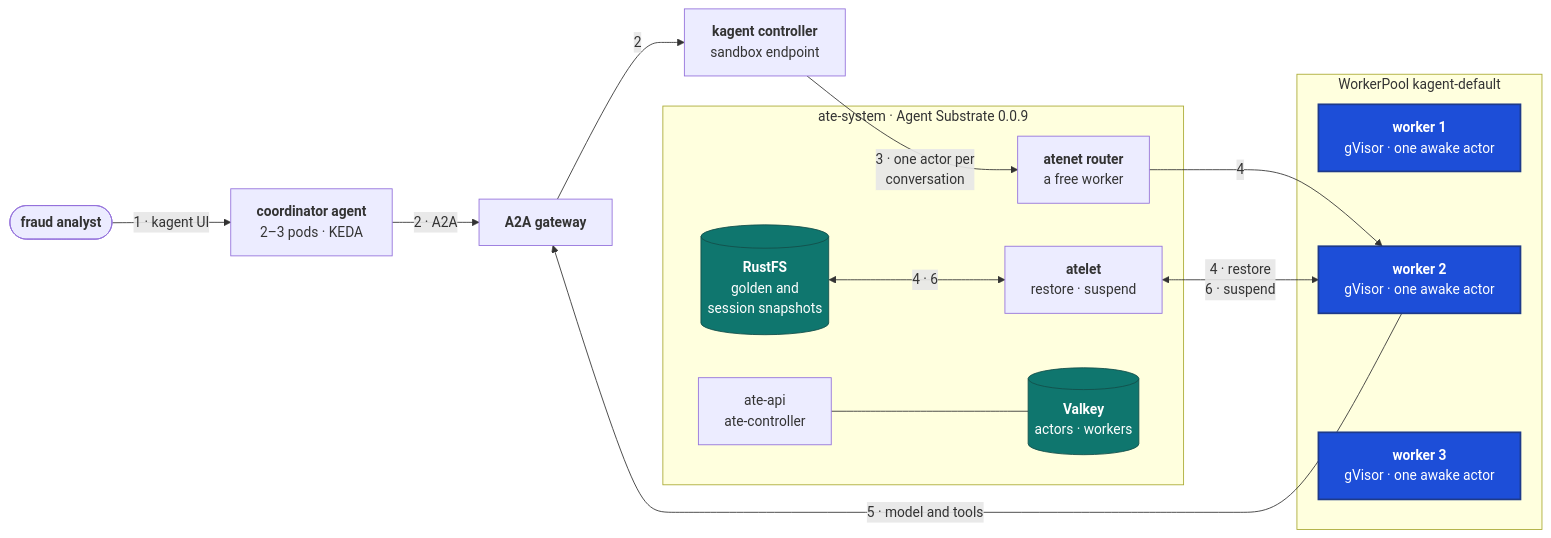
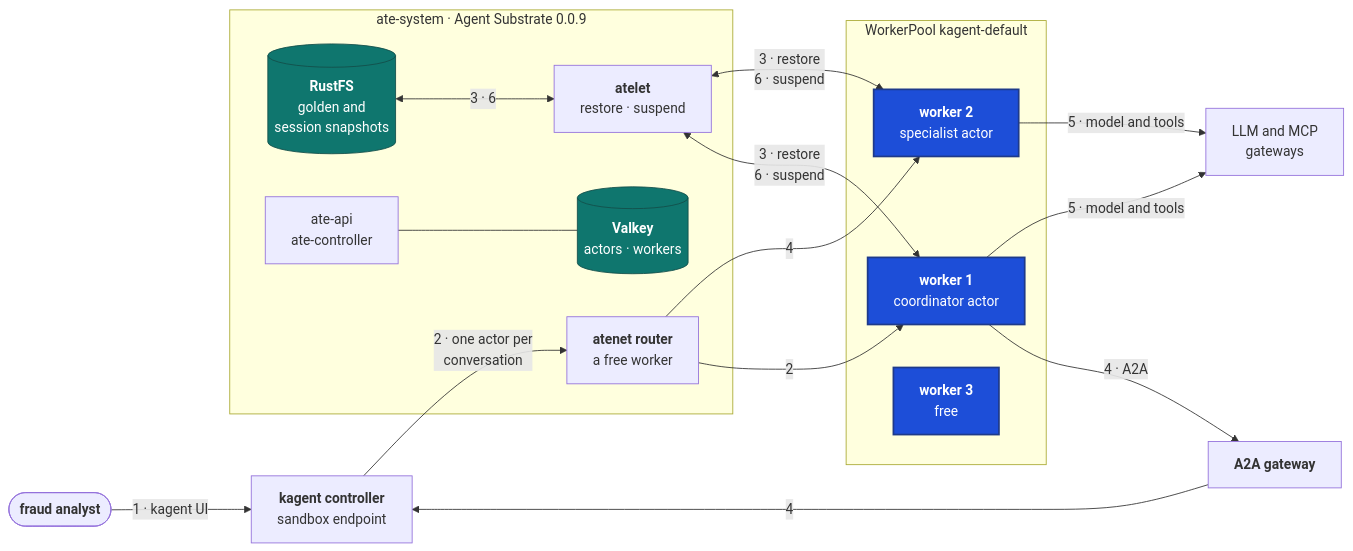
The diagram in docs/edai-2/13_agent_fleet.md (hiendat04/fraudstream), drawn with Mermaid before and after one commit. The commit also changed other lines of this file and 11 other files, not shown here.

First line of the commit message:
docs(agents): the coordinator on Agent Substrate, behind the A2A gateway

````diff
--- a/docs/edai-2/13_agent_fleet.md
+++ b/docs/edai-2/13_agent_fleet.md
@@ -11,30 +11,31 @@
 ```mermaid
 flowchart LR
-    AN(["<b>fraud analyst</b>"]) -- "1 · kagent UI" --> CO["<b>coordinator agent</b><br/>2–3 pods · KEDA"]
-    CO -- "2 · A2A" --> AG["<b>A2A gateway</b>"]
-    AG -- "2" --> KC["<b>kagent controller</b><br/>sandbox endpoint"]
-    KC -- "3 · one actor per<br/>conversation" --> RT
+    AN(["<b>fraud analyst</b>"]) -- "1 · kagent UI" --> KC["<b>kagent controller</b><br/>sandbox endpoint"]
+    KC -- "2 · one actor per<br/>conversation" --> RT
+    AG["<b>A2A gateway</b>"] -- "4" --> KC
 
     subgraph ATE["ate-system · Agent Substrate 0.0.9"]
         RT["<b>atenet router</b><br/>a free worker"]
         AL["<b>atelet</b><br/>restore · suspend"]
         RF[("<b>RustFS</b><br/>golden and<br/>session snapshots")]
         CP["ate-api<br/>ate-controller"] --- VK[("<b>Valkey</b><br/>actors · workers")]
     end
 
     subgraph WP["WorkerPool kagent-default"]
-        W1["<b>worker 1</b><br/>gVisor · one awake actor"]
-        W2["<b>worker 2</b><br/>gVisor · one awake actor"]
-        W3["<b>worker 3</b><br/>gVisor · one awake actor"]
+        W1["<b>worker 1</b><br/>coordinator actor"]
+        W2["<b>worker 2</b><br/>specialist actor"]
+        W3["<b>worker 3</b><br/>free"]
     end
 
+    RT -- "2" --> W1
     RT -- "4" --> W2
-    RF <-- "4 · 6" --> AL
-    AL <-- "4 · restore<br/>6 · suspend" --> W2
-    W2 -- "5 · model and tools" --> AG
+    RF <-- "3 · 6" --> AL
+    AL <-- "3 · restore<br/>6 · suspend" --> W1 & W2
+    W1 -- "4 · A2A" --> AG
+    W1 & W2 -- "5 · model and tools" --> GW["LLM and MCP<br/>gateways"]
 
     classDef key fill:#1d4ed8,stroke:#1e3a8a,stroke-width:2px,color:#ffffff
     classDef store fill:#0f766e,stroke:#134e4a,color:#ffffff
     class W1,W2,W3 key
     class VK,RF store
 ```
````
